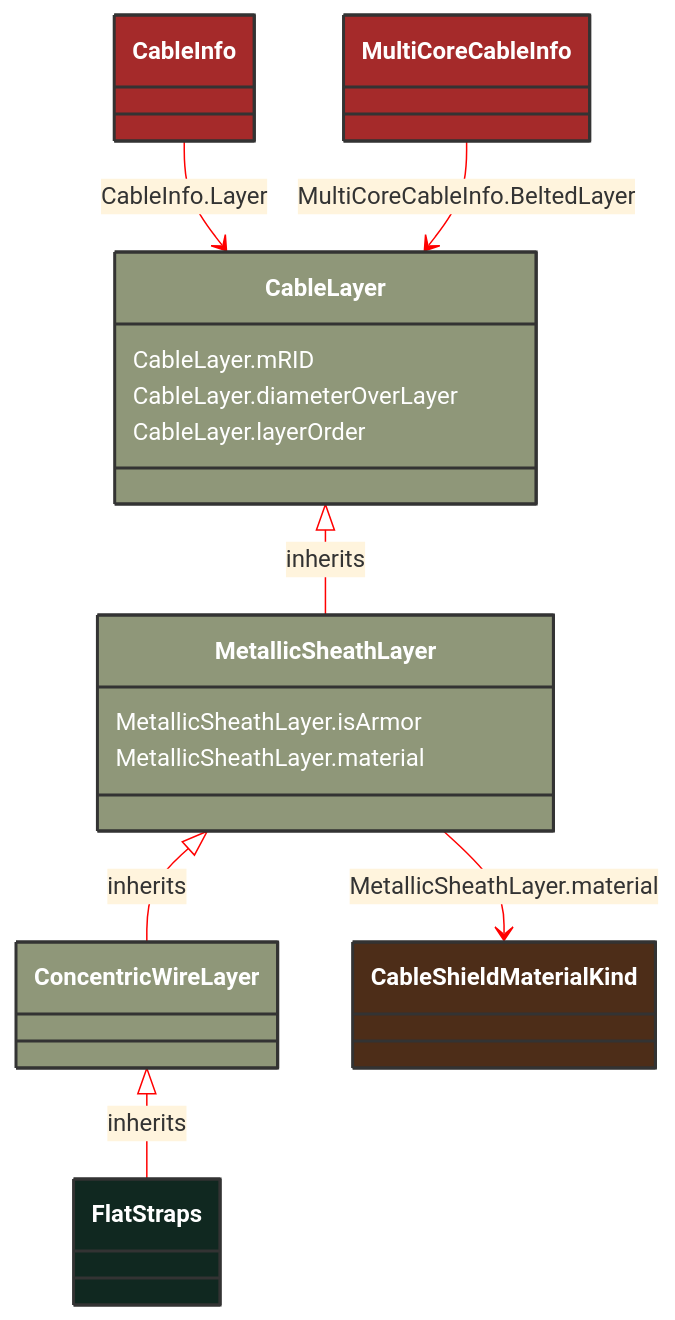
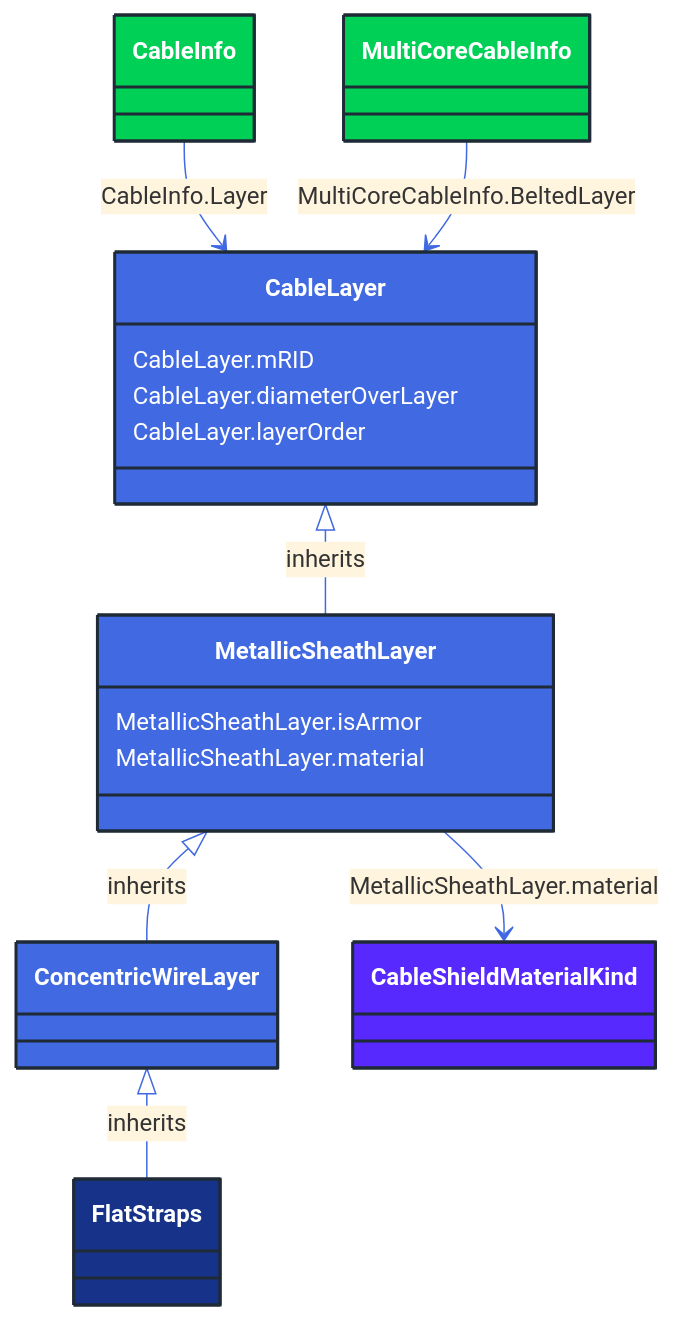
Before and after one commit to 3lbits/NoCIMExtensions: the diagram in docs/Models/Profiles/SubseaCableInfo/ConcreteClasses/FlatStraps.md, drawn with Mermaid. The commit also changed 362 other files, not shown here.

First line of the commit message:
Update diagrams and styles for improved visual consistency

````diff
--- a/docs/Models/Profiles/SubseaCableInfo/ConcreteClasses/FlatStraps.md
+++ b/docs/Models/Profiles/SubseaCableInfo/ConcreteClasses/FlatStraps.md
@@ -8,44 +8,44 @@
 ```mermaid
-%%{init: {'theme':'base','themeVariables': {'lineColor': '#FF0000'}}}%%
+%%{init: {'theme':'base','themeVariables': {'lineColor': '#4169E1'}}}%%
 classDiagram
     class FlatStraps
     click FlatStraps href "/Models/Profiles/SubseaCableInfo/ConcreteClasses/FlatStraps/"
-    style FlatStraps fill:#102820,stroke:#333,stroke-width:2px,rx:10,ry:10,color:white
+    style FlatStraps fill:#163289,stroke:#1F2A37,stroke-width:2px,rx:10,ry:10,color:white
      
         ConcentricWireLayer <|-- FlatStraps : inherits
             click ConcentricWireLayer href "/Models/Profiles/SubseaCableInfo/ConcreteClasses/ConcentricWireLayer/"
-            style ConcentricWireLayer fill:#8F9779,stroke:#333,stroke-width:2px,rx:10,ry:10,color:white
+            style ConcentricWireLayer fill:#4169E1,stroke:#1F2A37,stroke-width:2px,rx:10,ry:10,color:white
      
         MetallicSheathLayer <|-- ConcentricWireLayer : inherits
             click MetallicSheathLayer href "/Models/Profiles/SubseaCableInfo/ConcreteClasses/MetallicSheathLayer/"
-            style MetallicSheathLayer fill:#8F9779,stroke:#333,stroke-width:2px,rx:10,ry:10,color:white
+            style MetallicSheathLayer fill:#4169E1,stroke:#1F2A37,stroke-width:2px,rx:10,ry:10,color:white
      
         CableLayer <|-- MetallicSheathLayer : inherits
             click CableLayer href "/Models/Profiles/SubseaCableInfo/AbstractClasses/CableLayer/"
-            style CableLayer fill:#8F9779,stroke:#333,stroke-width:2px,rx:10,ry:10,color:white
+            style CableLayer fill:#4169E1,stroke:#1F2A37,stroke-width:2px,rx:10,ry:10,color:white
 
 
         CableInfo --> CableLayer : CableInfo.Layer
 
         CableInfo
             click CableInfo href "/Models/Profiles/SubseaCableInfo/ConcreteClasses/CableInfo/"
-            style CableInfo fill:#A52A2A,stroke:#333,stroke-width:2px,rx:10,ry:10,color:white
+            style CableInfo fill:#00D156,stroke:#1F2A37,stroke-width:2px,rx:10,ry:10,color:white
 
         MultiCoreCableInfo --> CableLayer : MultiCoreCableInfo.BeltedLayer
 
         MultiCoreCableInfo
             click MultiCoreCableInfo href "/Models/Profiles/SubseaCableInfo/ConcreteClasses/MultiCoreCableInfo/"
-            style MultiCoreCableInfo fill:#A52A2A,stroke:#333,stroke-width:2px,rx:10,ry:10,color:white
+            style MultiCoreCableInfo fill:#00D156,stroke:#1F2A37,stroke-width:2px,rx:10,ry:10,color:white
 
         MetallicSheathLayer --> CableShieldMaterialKind : MetallicSheathLayer.material
 
         CableShieldMaterialKind
             click CableShieldMaterialKind href "/Models/Profiles/SubseaCableInfo/Enumerations/CableShieldMaterialKind/"
-            style CableShieldMaterialKind fill:#4D2D18,stroke:#333,stroke-width:2px,rx:10,ry:10,color:white
+            style CableShieldMaterialKind fill:#5729FF,stroke:#1F2A37,stroke-width:2px,rx:10,ry:10,color:white
 
         MetallicSheathLayer : MetallicSheathLayer.isArmor
         MetallicSheathLayer : MetallicSheathLayer.material
         CableLayer : CableLayer.mRID
         CableLayer : CableLayer.diameterOverLayer
         CableLayer : CableLayer.layerOrder
 ```
````
